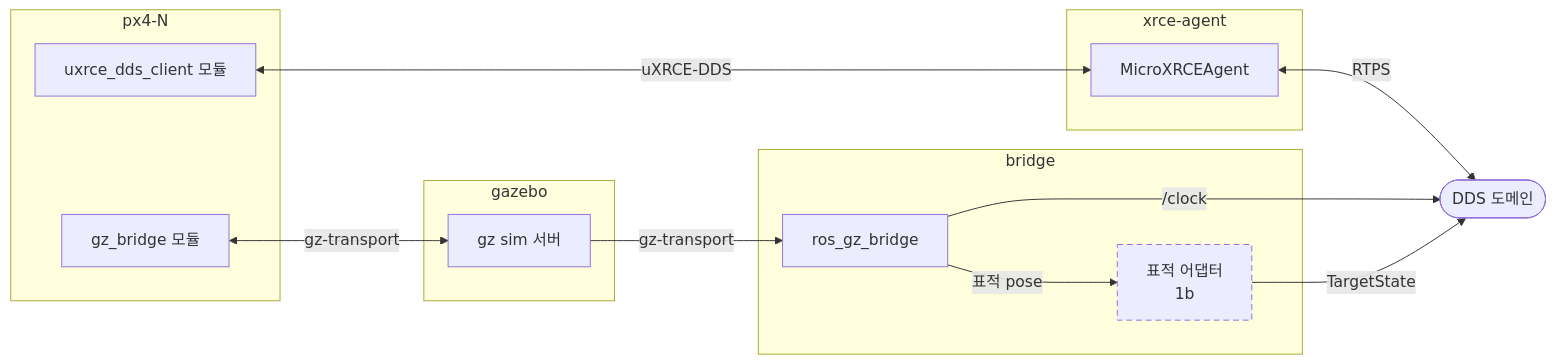
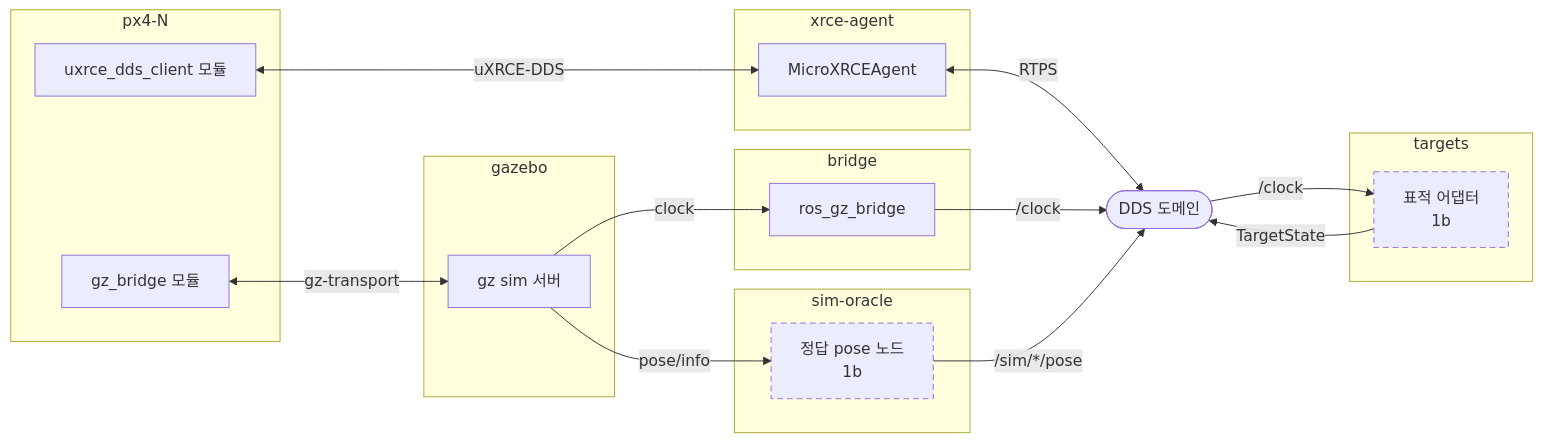
The fourth of 8 diagrams in docs/architecture.md (danielhongwoo/idsim), drawn with Mermaid before and after one commit. The commit also changed other lines of this file and 2 other files, not shown here.

First line of the commit message:
architecture, roadmap: 1b 범위 문구(U10)와 표적, 월드, 판정 경로를 반영한다

````diff
--- a/docs/architecture.md
+++ b/docs/architecture.md
@@ -238,29 +240,36 @@
 ```mermaid
 flowchart LR
   subgraph PXC["px4-N"]
     UX["uxrce_dds_client 모듈"]
     GB["gz_bridge 모듈"]
   end
   subgraph AGC["xrce-agent"]
     AGP["MicroXRCEAgent"]
   end
   subgraph GZC["gazebo"]
     GZP["gz sim 서버"]
   end
   subgraph BRC["bridge"]
     BRP["ros_gz_bridge"]
+  end
+  subgraph TGC["targets"]
     TA["표적 어댑터<br/>1b"]
+  end
+  subgraph ORC["sim-oracle"]
+    ORP["정답 pose 노드<br/>1b"]
   end
   DDS1(["DDS 도메인"])
 
   UX <-->|"uXRCE-DDS"| AGP
   GB <-->|"gz-transport"| GZP
   AGP <-->|"RTPS"| DDS1
-  GZP -->|"gz-transport"| BRP
-  BRP -->|"표적 pose"| TA
+  GZP -->|"clock"| BRP
+  GZP -->|"pose/info"| ORP
   BRP -->|"/clock"| DDS1
+  DDS1 -->|"/clock"| TA
   TA -->|"TargetState"| DDS1
+  ORP -->|"/sim/*/pose"| DDS1
 
   classDef later stroke-dasharray: 6 4
-  class TA later
+  class TA,ORP later
 ```
````
